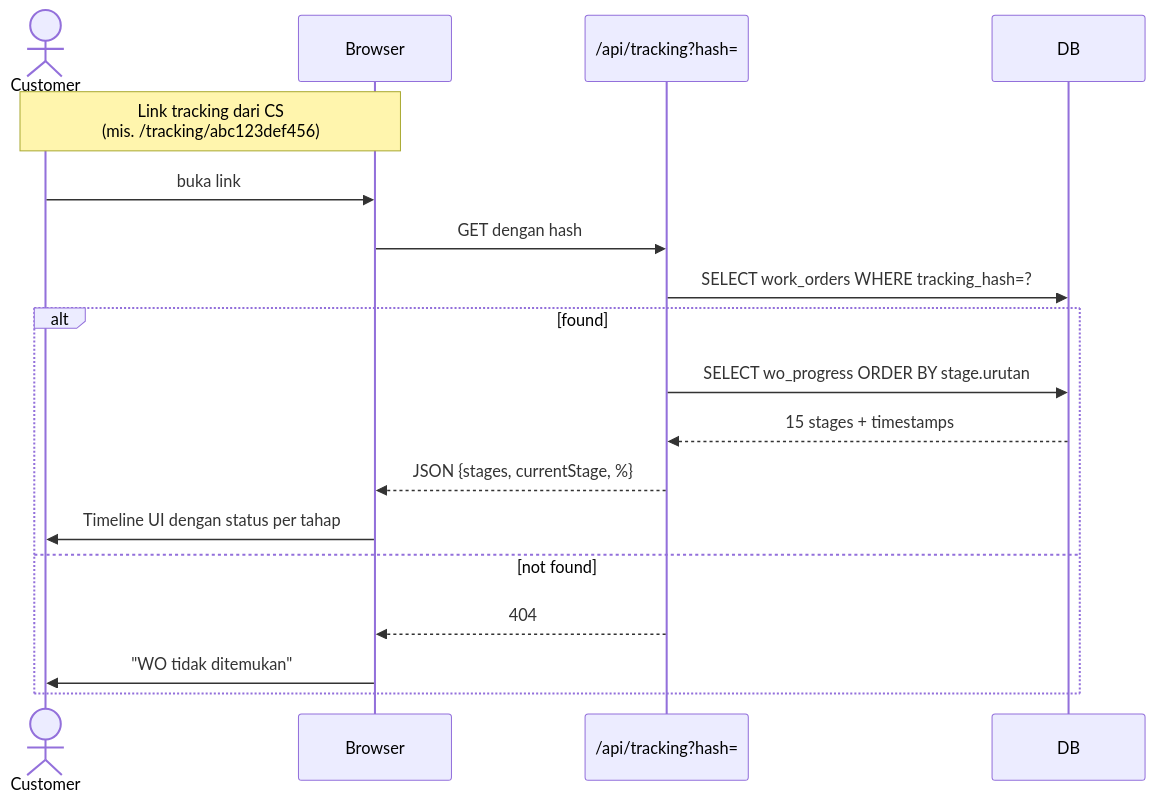
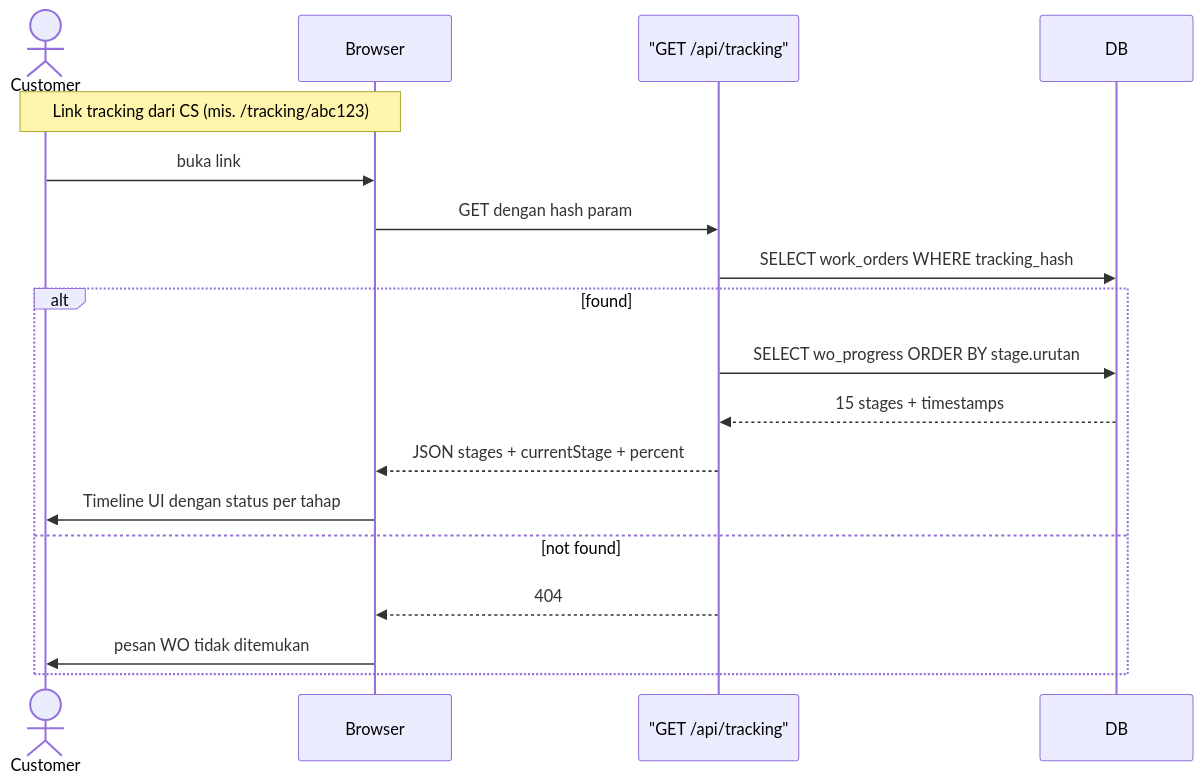
The seventh of 8 diagrams in README.md (EzraNahumury/web_crm), drawn with Mermaid before and after one commit. The commit also changed other lines of this file, not shown here.

First line of the commit message:
docs: quote mermaid node labels so GitHub renders all 8 diagrams

````diff
--- a/README.md
+++ b/README.md
@@ -365,21 +365,21 @@
 ```mermaid
 sequenceDiagram
     actor Customer
     participant Browser
-    participant Track as /api/tracking?hash=
+    participant Track as "GET /api/tracking"
     participant DB
 
-    Note over Customer,Browser: Link tracking dari CS<br/>(mis. /tracking/abc123def456)
+    Note over Customer,Browser: Link tracking dari CS (mis. /tracking/abc123)
     Customer->>Browser: buka link
-    Browser->>Track: GET dengan hash
-    Track->>DB: SELECT work_orders WHERE tracking_hash=?
+    Browser->>Track: GET dengan hash param
+    Track->>DB: SELECT work_orders WHERE tracking_hash
     alt found
         Track->>DB: SELECT wo_progress ORDER BY stage.urutan
         DB-->>Track: 15 stages + timestamps
-        Track-->>Browser: JSON {stages, currentStage, %}
+        Track-->>Browser: JSON stages + currentStage + percent
         Browser->>Customer: Timeline UI dengan status per tahap
     else not found
         Track-->>Browser: 404
-        Browser->>Customer: "WO tidak ditemukan"
+        Browser->>Customer: pesan WO tidak ditemukan
     end
 ```
````
